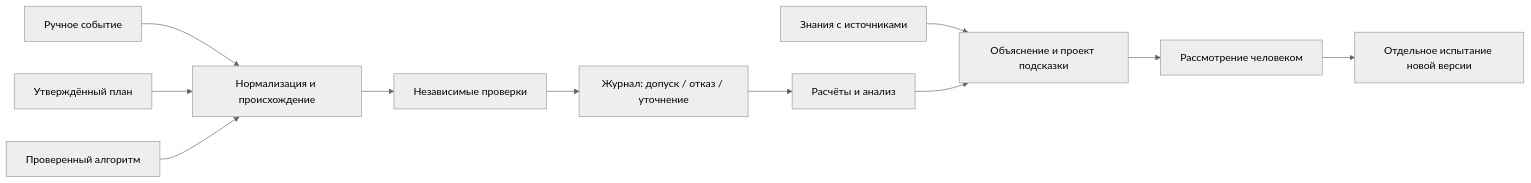
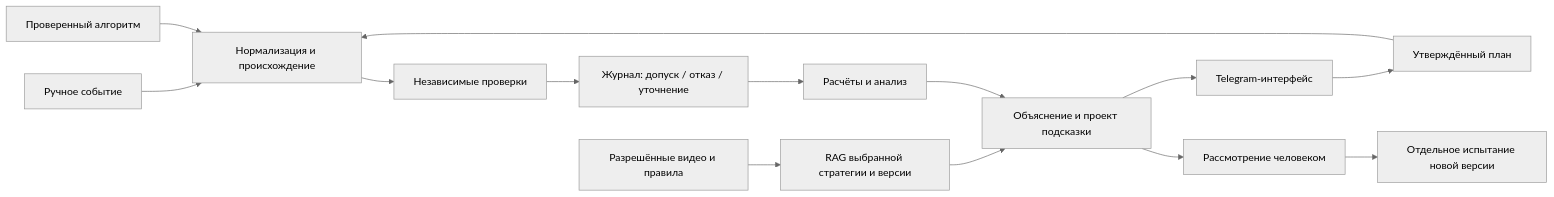
One commit to edkhv/TraderAI.su changed the diagram in README.md. Above: the diagram before and after it, drawn with Mermaid (neutral theme). The commit also changed other lines of this file and 11 other files, not shown here.

Commit message:
Expand platform technology story with strategy RAG, agents and Telegram workflows

````diff
--- a/README.md
+++ b/README.md
@@ -52,13 +56,16 @@
 ```mermaid
 flowchart LR
     M[Ручное событие] --> N[Нормализация и происхождение]
     P[Утверждённый план] --> N
     A[Проверенный алгоритм] --> N
     N --> G[Независимые проверки]
     G --> J[Журнал: допуск / отказ / уточнение]
     J --> C[Расчёты и анализ]
-    K[Знания с источниками] --> X[Объяснение и проект подсказки]
+    V[Разрешённые видео и правила] --> K[RAG выбранной стратегии и версии]
+    K --> X[Объяснение и проект подсказки]
     C --> X
+    B[Telegram-интерфейс] --> P
+    X --> B
     X --> H[Рассмотрение человеком]
     H --> T[Отдельное испытание новой версии]
 ```
````
